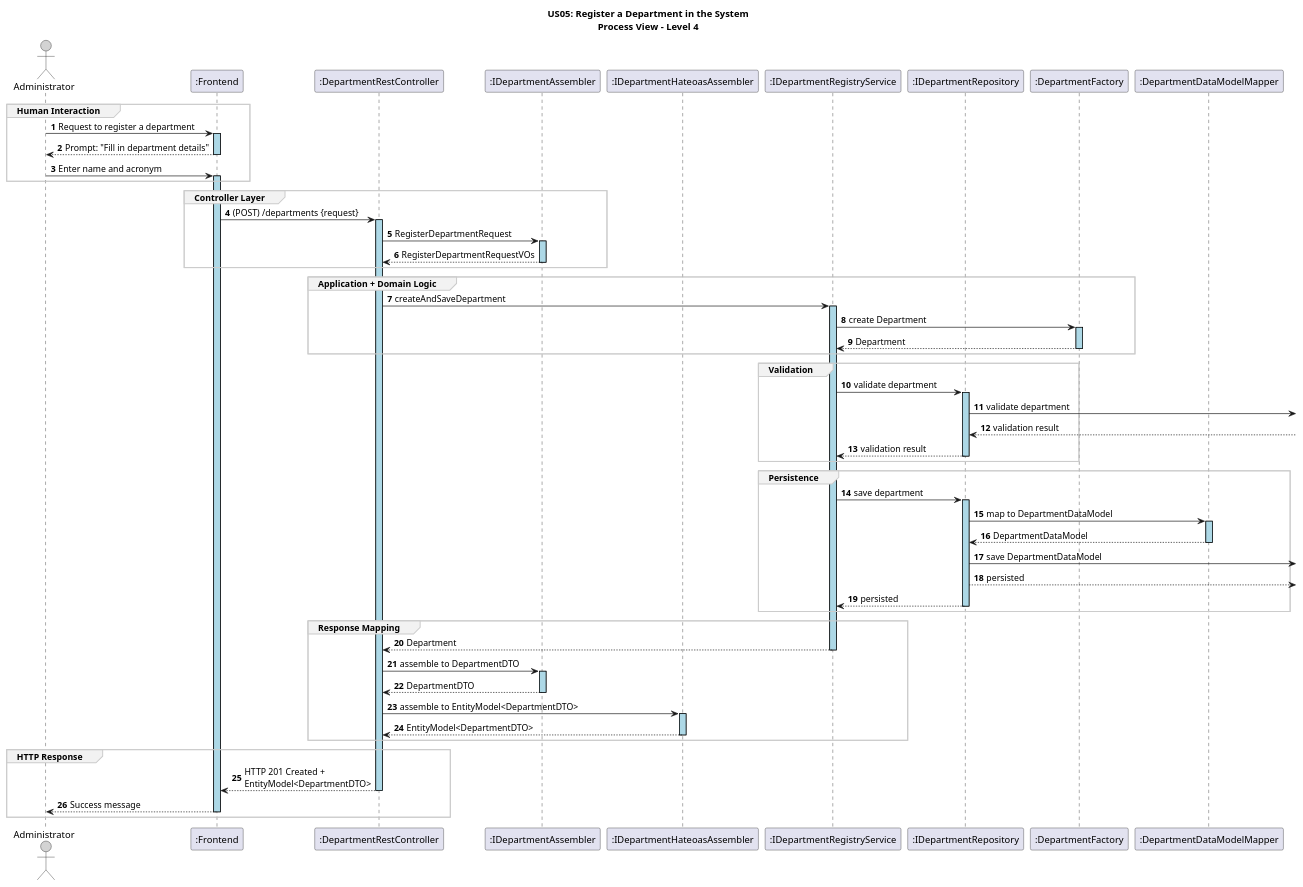
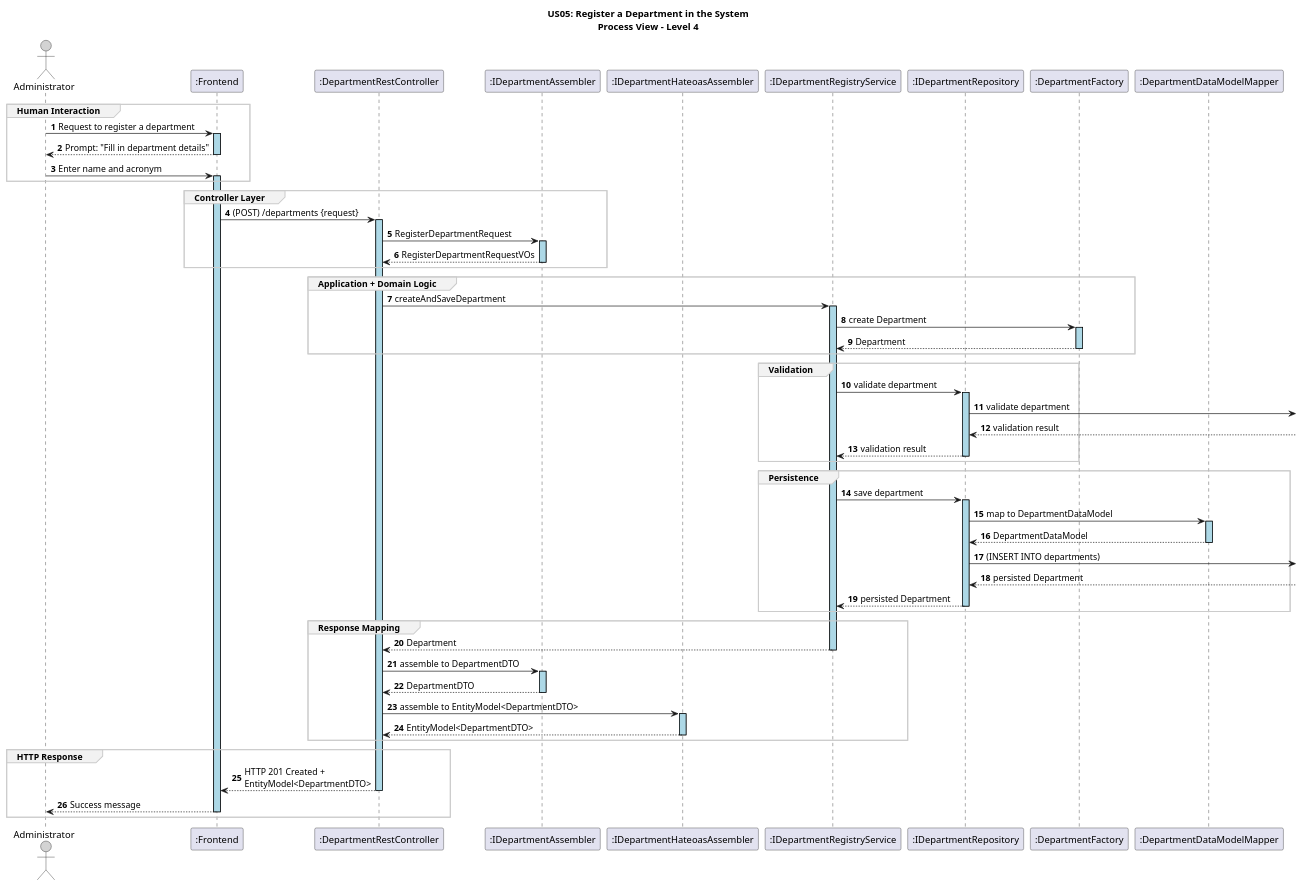
One commit to GasparISEP/DevOps-PAI changed the diagram in docs/US05/sprint6_RestAPI/ProcessView/US05_RestAPI_ProcessView_Level4.puml. Above: the diagram before and after it, drawn with PlantUML. The commit also changed 2 other files, not shown here.

Commit message:
doc: minimal refactor to processView diagrams (refs #500, refs #575)

```diff
--- a/docs/US05/sprint6_RestAPI/ProcessView/US05_RestAPI_ProcessView_Level4.puml
+++ b/docs/US05/sprint6_RestAPI/ProcessView/US05_RestAPI_ProcessView_Level4.puml
@@ -1,73 +1,73 @@
 @startuml
 
 title US05: Register a Department in the System\nProcess View – Level 4
 
 autonumber
 skinparam sequence {
     LifelineBorderColor black
     LifelineBackgroundColor LightBlue
     ActorBorderColor black
     ActorBackgroundColor LightGray
     GroupBorderColor #cccccc
     GroupBackgroundColor #f2f2f2
 }
 
 actor "Administrator" as ADM
 participant ":Frontend" as UI
 participant ":DepartmentRestController" as Controller
 participant ":IDepartmentAssembler" as Assembler
 participant ":IDepartmentHateoasAssembler" as HAAssembler
 participant ":IDepartmentRegistryService" as Service
 participant ":IDepartmentRepository" as Repository
 participant ":DepartmentFactory" as Factory
 participant ":DepartmentDataModelMapper" as DataModelMapper
 
 group Human Interaction
 ADM -> UI ++: Request to register a department
 UI --> ADM --: Prompt: "Fill in department details"
 ADM -> UI ++: Enter name and acronym
 end group
 
 group Controller Layer
 UI -> Controller ++: (POST) /departments {request}
 Controller -> Assembler ++: RegisterDepartmentRequest
 Assembler --> Controller --: RegisterDepartmentRequestVOs
 end group
 
 
 group Application + Domain Logic
 Controller -> Service ++: createAndSaveDepartment
 Service -> Factory ++: create Department
 Factory --> Service --: Department
 end group
 
 group Validation
 Service -> Repository ++: validate department
 Repository -> : validate department
 Repository <-- : validation result
 Repository --> Service --: validation result
 end group
 
 group Persistence
 Service -> Repository ++: save department
 Repository -> DataModelMapper ++: map to DepartmentDataModel
 DataModelMapper --> Repository --: DepartmentDataModel
-Repository -> : save DepartmentDataModel
-Repository --> : persisted
-Repository --> Service --: persisted
+Repository -> : (INSERT INTO departments)
+Repository <-- : persisted Department
+Repository --> Service --: persisted Department
 end group
 
 group Response Mapping
 Service --> Controller --: Department
 Controller -> Assembler ++: assemble to DepartmentDTO
 Assembler --> Controller --: DepartmentDTO
 Controller -> HAAssembler ++: assemble to EntityModel<DepartmentDTO>
 HAAssembler --> Controller --: EntityModel<DepartmentDTO>
 end group
 
 group HTTP Response
 Controller --> UI --: HTTP 201 Created + \nEntityModel<DepartmentDTO>
 UI --> ADM --: Success message
 end group
 
 @enduml
```
